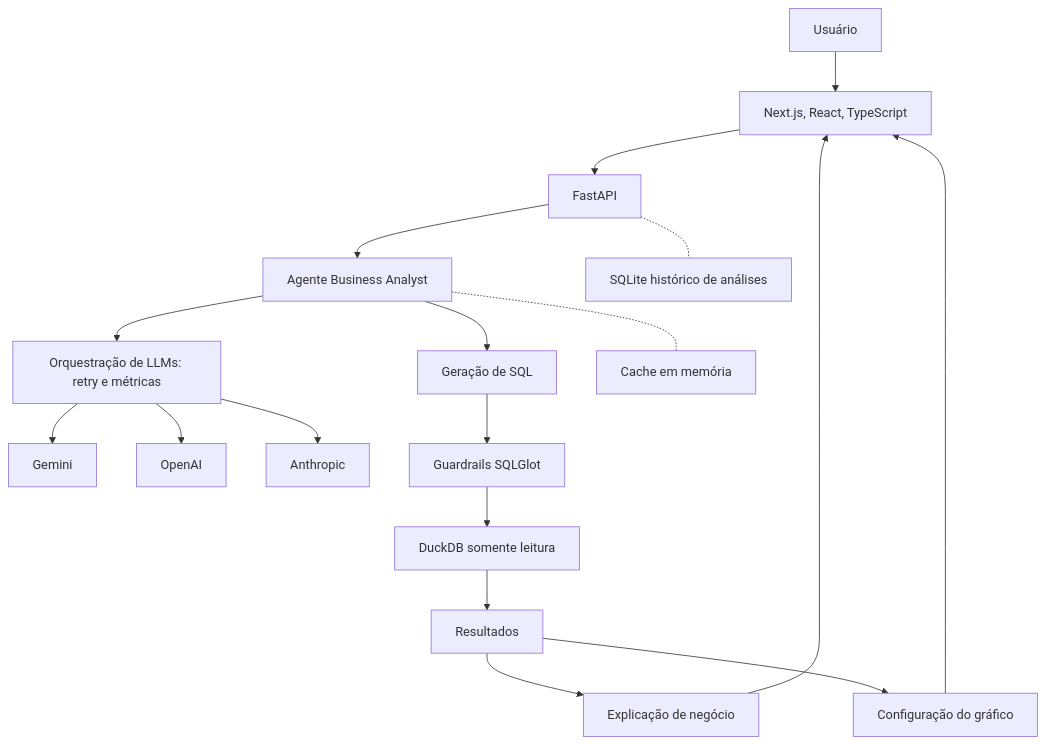
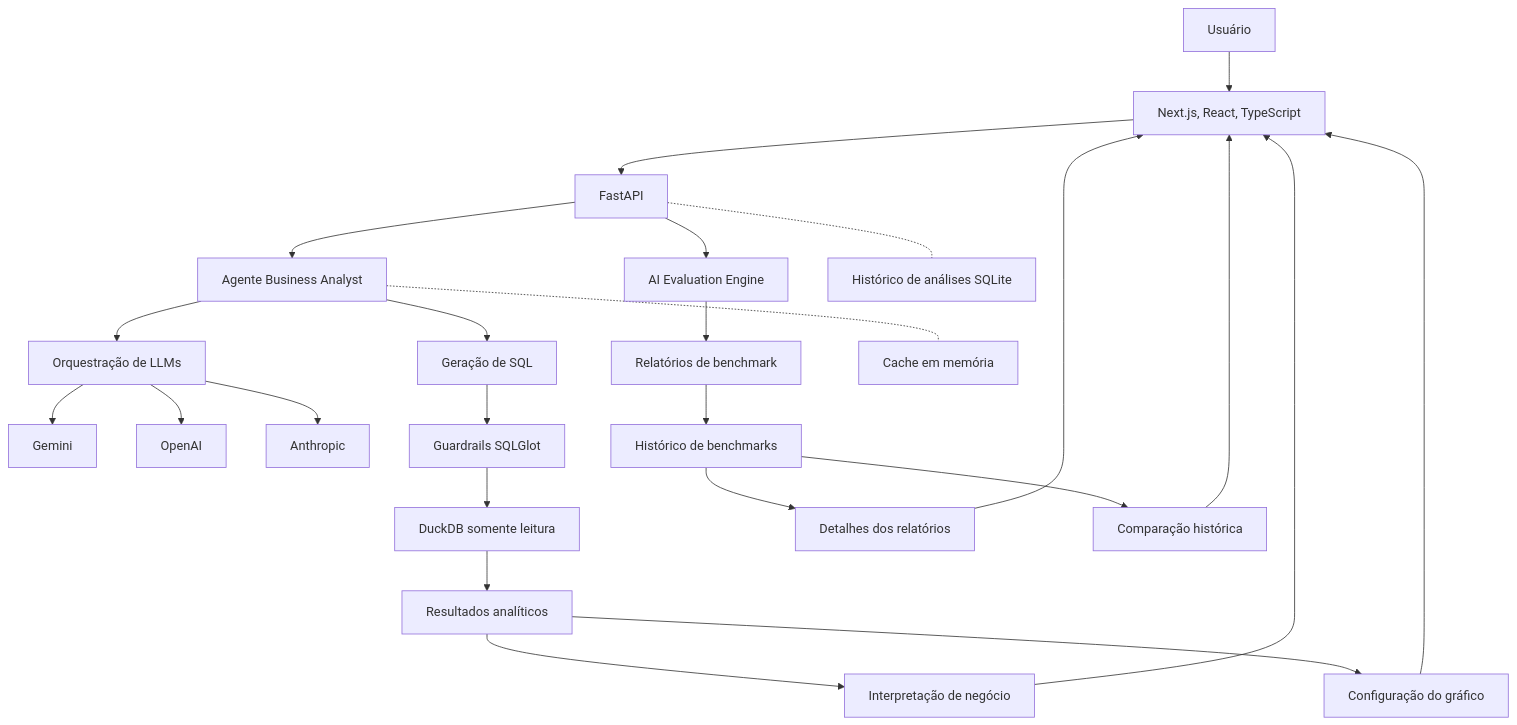
One commit to nascimentomacedodani487-hue/ai-business-analyst changed the second of 2 diagrams in README.md. Above: the diagram before and after it, drawn with Mermaid. The commit also changed other lines of this file and 2 other files, not shown here.

Commit message:
docs: update project documentation for AI Evaluation Engine

````diff
--- a/README.md
+++ b/README.md
@@ -389,20 +546,31 @@
 ```mermaid
 flowchart TD
     U["Usuário"] --> FE["Next.js, React, TypeScript"]
     FE --> API["FastAPI"]
+
     API --> AG["Agente Business Analyst"]
-    AG --> LLM["Orquestração de LLMs: retry e métricas"]
-    LLM --> PGEM["Gemini"]
-    LLM --> POAI["OpenAI"]
-    LLM --> PANT["Anthropic"]
-    AG --> SQLGEN["Geração de SQL"]
-    SQLGEN --> GUARD["Guardrails SQLGlot"]
-    GUARD --> DUCK["DuckDB somente leitura"]
-    DUCK --> RES["Resultados"]
-    RES --> EXP["Explicação de negócio"]
-    RES --> VIZ["Configuração do gráfico"]
-    EXP --> FE
-    VIZ --> FE
+    AG --> LLM["Orquestração de LLMs"]
+    LLM --> GEM["Gemini"]
+    LLM --> OAI["OpenAI"]
+    LLM --> ANT["Anthropic"]
+
+    AG --> SQL["Geração de SQL"]
+    SQL --> GUARD["Guardrails SQLGlot"]
+    GUARD --> DB["DuckDB somente leitura"]
+    DB --> RESULT["Resultados analíticos"]
+    RESULT --> INSIGHT["Interpretação de negócio"]
+    RESULT --> CHART["Configuração do gráfico"]
+    INSIGHT --> FE
+    CHART --> FE
+
+    API --> EVAL["AI Evaluation Engine"]
+    EVAL --> BENCH["Relatórios de benchmark"]
+    BENCH --> HISTORY["Histórico de benchmarks"]
+    HISTORY --> DETAIL["Detalhes dos relatórios"]
+    HISTORY --> COMPARE["Comparação histórica"]
+    DETAIL --> FE
+    COMPARE --> FE
+
     AG -.- CACHE["Cache em memória"]
-    API -.- HIST["SQLite histórico de análises"]
+    API -.- AH["Histórico de análises SQLite"]
 ```
````
